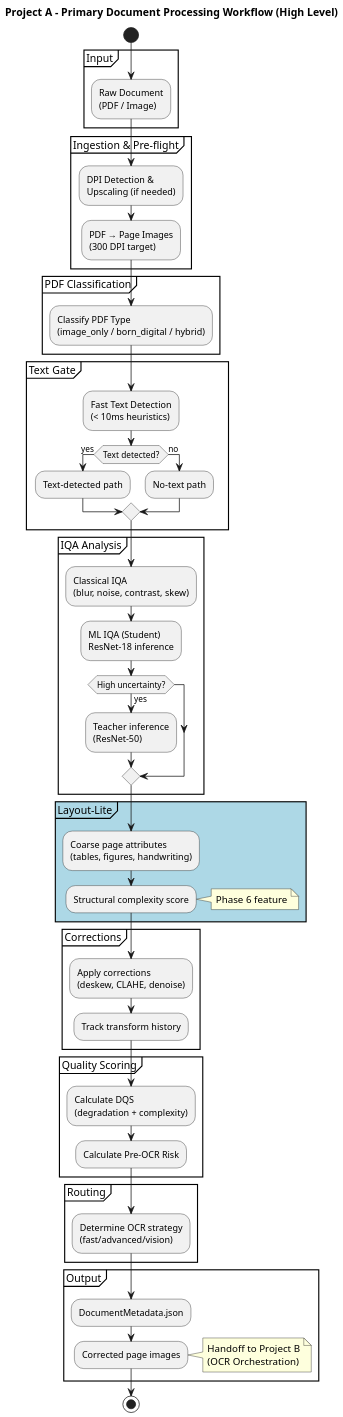
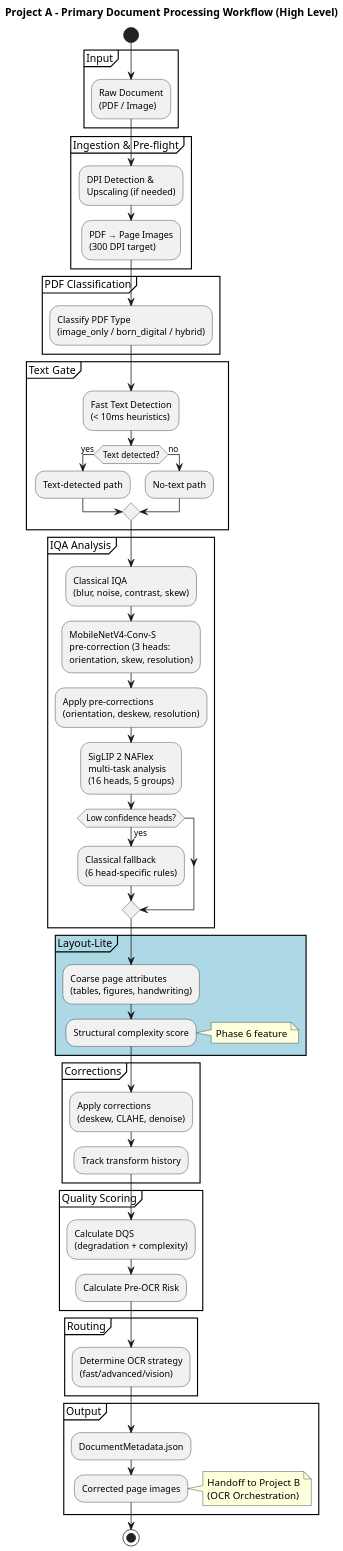
One commit to williaby/image-preprocessing-detector changed the diagram in docs/architecture/diagrams/level-2/production-runtime/project-a-primary-workflow-high-level.puml. Above: the diagram before and after it, drawn with PlantUML. The commit also changed 99 other files, not shown here.

First line of the commit message:
refactor(docs): reorganize architecture diagrams and add Level 3 docs

```diff
--- a/docs/architecture/diagrams/level-2/production-runtime/project-a-primary-workflow-high-level.puml
+++ b/docs/architecture/diagrams/level-2/production-runtime/project-a-primary-workflow-high-level.puml
@@ -1,74 +1,76 @@
 @startuml
 title Project A - Primary Document Processing Workflow (High Level)
 
 skinparam dpi 150
 skinparam shadowing false
 skinparam rectangle {
   BackgroundColor White
   BorderColor Black
 }
 
 start
 
 partition "Input" {
   :Raw Document\n(PDF / Image);
 }
 
 partition "Ingestion & Pre-flight" {
   :DPI Detection &\nUpscaling (if needed);
   :PDF → Page Images\n(300 DPI target);
 }
 
 partition "PDF Classification" {
   :Classify PDF Type\n(image_only / born_digital / hybrid);
 }
 
 partition "Text Gate" {
   :Fast Text Detection\n(< 10ms heuristics);
   if (Text detected?) then (yes)
     :Text-detected path;
   else (no)
     :No-text path;
   endif
 }
 
 partition "IQA Analysis" {
   :Classical IQA\n(blur, noise, contrast, skew);
-  :ML IQA (Student)\nResNet-18 inference;
-  if (High uncertainty?) then (yes)
-    :Teacher inference\n(ResNet-50);
+  :MobileNetV4-Conv-S\npre-correction (3 heads:\norientation, skew, resolution);
+  :Apply pre-corrections\n(orientation, deskew, resolution);
+  :SigLIP 2 NAFlex\nmulti-task analysis\n(16 heads, 5 groups);
+  if (Low confidence heads?) then (yes)
+    :Classical fallback\n(6 head-specific rules);
   endif
 }
 
 partition "Layout-Lite" #LightBlue {
   :Coarse page attributes\n(tables, figures, handwriting);
   :Structural complexity score;
   note right: Phase 6 feature
 }
 
 partition "Corrections" {
   :Apply corrections\n(deskew, CLAHE, denoise);
   :Track transform history;
 }
 
 partition "Quality Scoring" {
   :Calculate DQS\n(degradation + complexity);
   :Calculate Pre-OCR Risk;
 }
 
 partition "Routing" {
   :Determine OCR strategy\n(fast/advanced/vision);
 }
 
 partition "Output" {
   :DocumentMetadata.json;
   :Corrected page images;
   note right
     Handoff to Project B
     (OCR Orchestration)
   end note
 }
 
 stop
 
 @enduml
```
